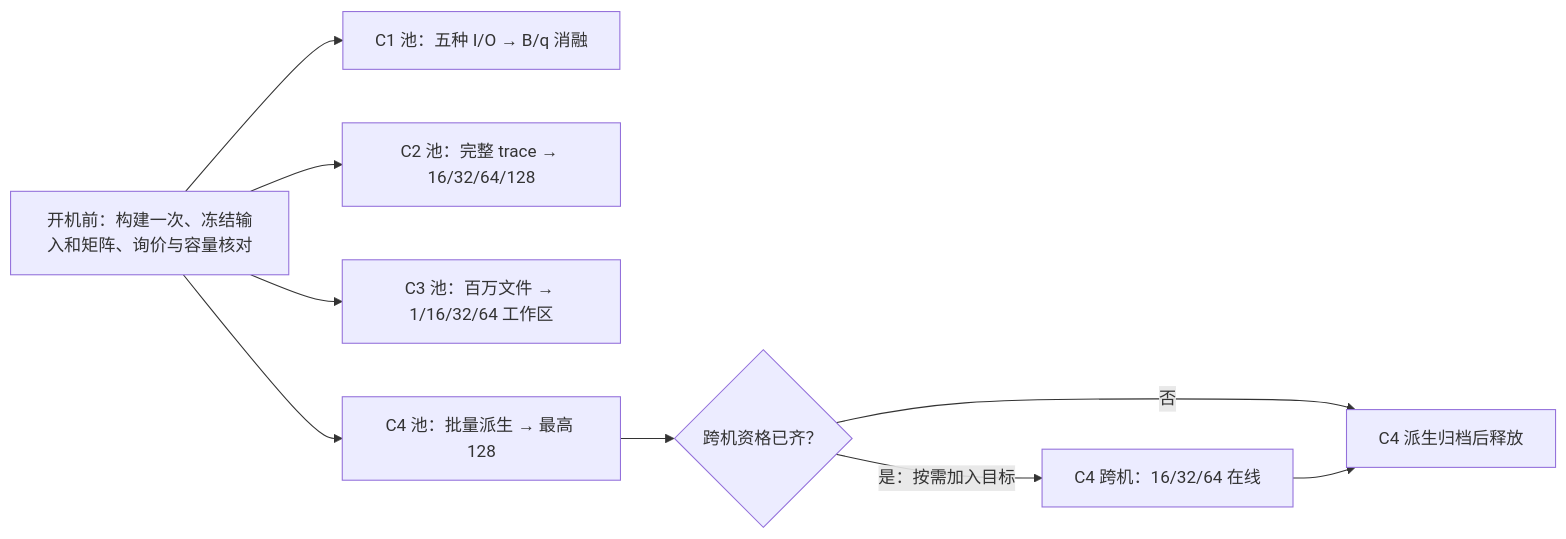
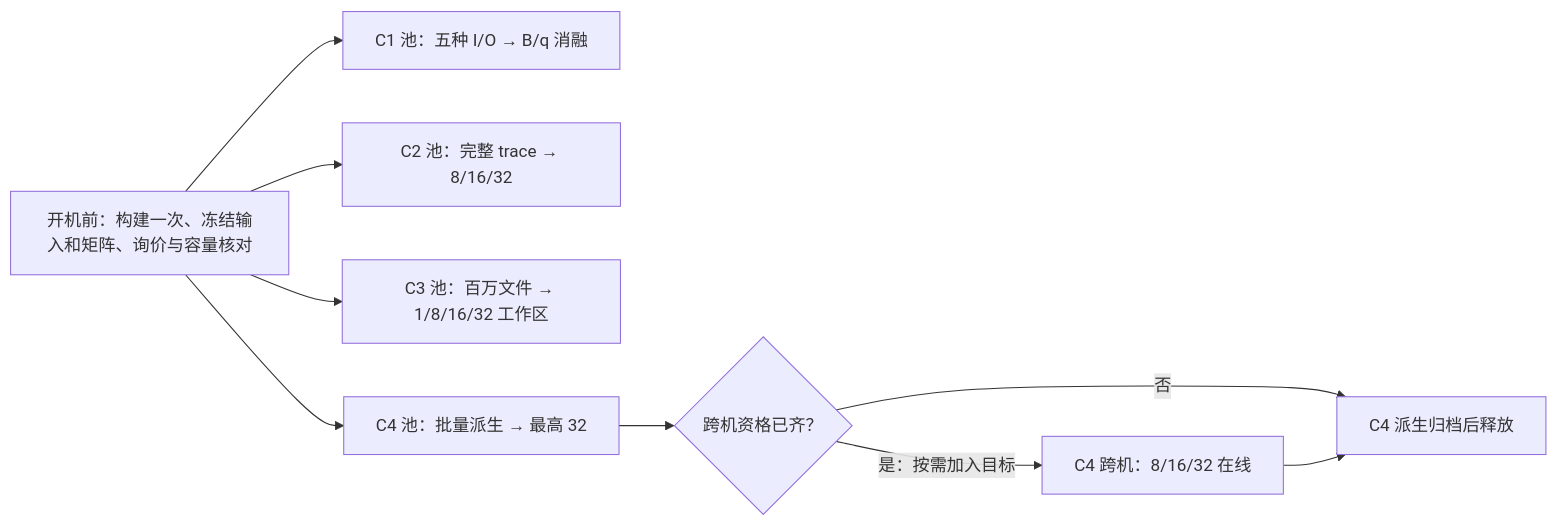
The diagram in experiments/unified-suite/MAIN-SCALE.zh.md (Ivanbeethoven/ax-multi-agent-experiments), drawn with Mermaid before and after one commit. The commit also changed other lines of this file and 1 other file, not shown here.

````diff
--- a/experiments/unified-suite/MAIN-SCALE.zh.md
+++ b/experiments/unified-suite/MAIN-SCALE.zh.md
@@ -35,11 +49,11 @@
 ```mermaid
 flowchart LR
     P["开机前：构建一次、冻结输入和矩阵、询价与容量核对"] --> C1["C1 池：五种 I/O → B/q 消融"]
-    P --> C2["C2 池：完整 trace → 16/32/64/128"]
-    P --> C3["C3 池：百万文件 → 1/16/32/64 工作区"]
-    P --> C4["C4 池：批量派生 → 最高 128"]
+    P --> C2["C2 池：完整 trace → 8/16/32"]
+    P --> C3["C3 池：百万文件 → 1/8/16/32 工作区"]
+    P --> C4["C4 池：批量派生 → 最高 32"]
     C4 --> H{"跨机资格已齐？"}
-    H -->|"是：按需加入目标"| M["C4 跨机：16/32/64 在线"]
+    H -->|"是：按需加入目标"| M["C4 跨机：8/16/32 在线"]
     H -->|"否"| R["C4 派生归档后释放"]
     M --> R
 ```
````
